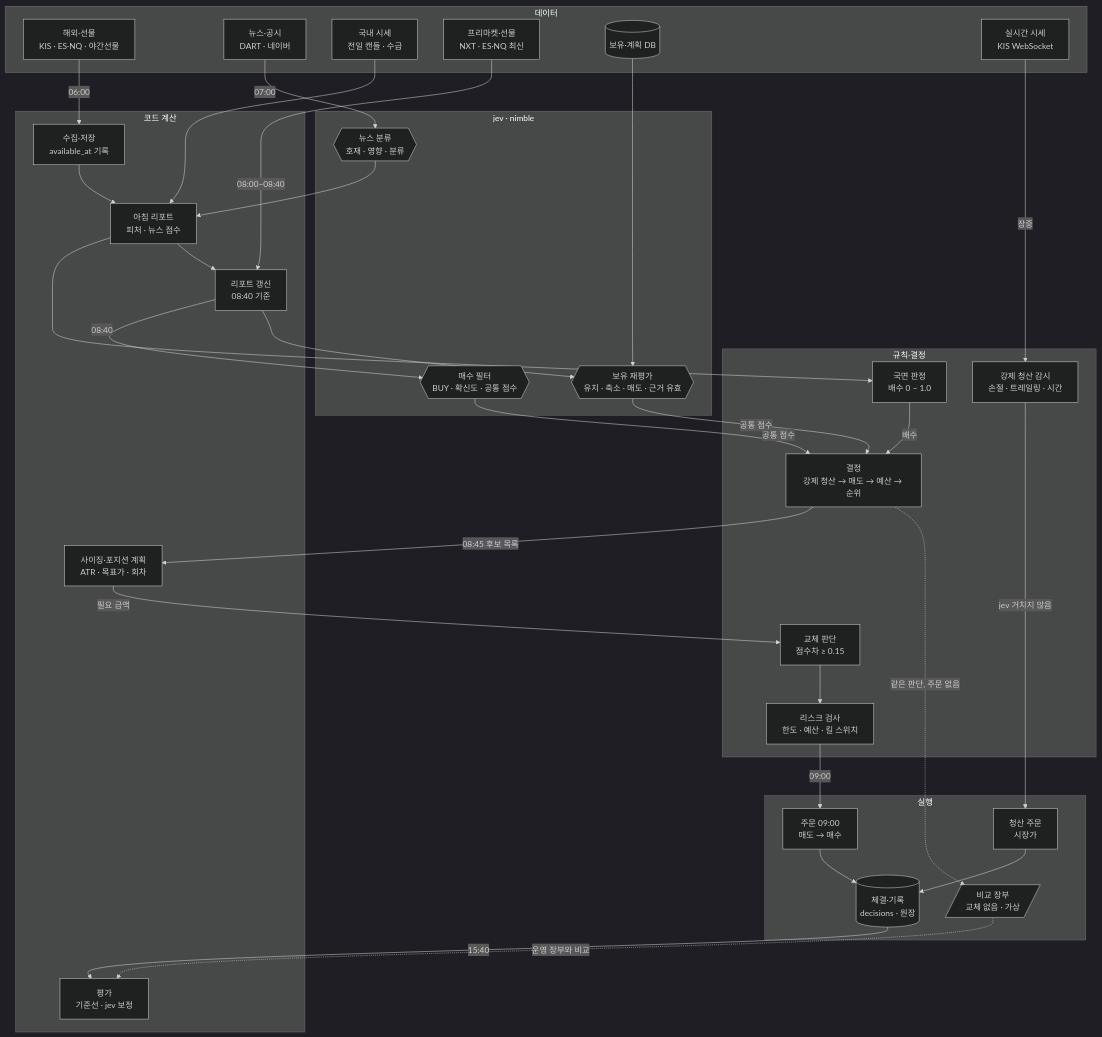
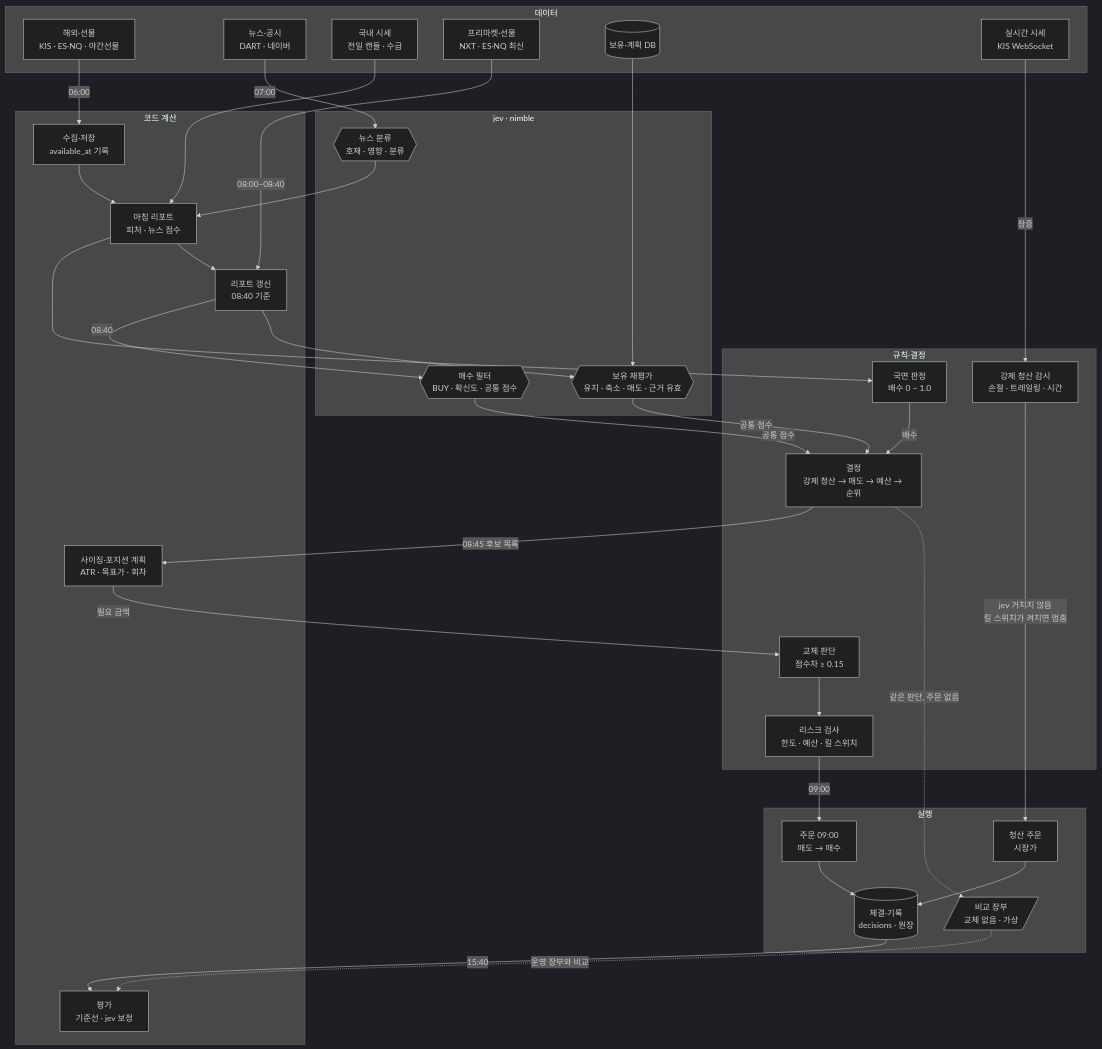
One commit to loading1031/stock changed the diagram in docs/planning/strategy.md. Above: the diagram before and after it, drawn with Mermaid (dark theme). The commit also changed other lines of this file and 5 other files, not shown here.

````diff
--- a/docs/planning/strategy.md
+++ b/docs/planning/strategy.md
@@ -12,56 +12,56 @@
 ```mermaid
 flowchart TB
     subgraph DATA[데이터]
         D1[해외·선물<br/>KIS · ES·NQ · 야간선물]
         D2[뉴스·공시<br/>DART · 네이버]
         D3[국내 시세<br/>전일 캔들 · 수급]
         D4[프리마켓·선물<br/>NXT · ES·NQ 최신]
         D5[(보유·계획 DB)]
         D6[실시간 시세<br/>KIS WebSocket]
     end
     subgraph CODE[코드 계산]
         C1[수집·저장<br/>available_at 기록]
         C2[아침 리포트<br/>피처 · 뉴스 점수]
         C3[리포트 갱신<br/>08:40 기준]
         C4[사이징·포지션 계획<br/>ATR · 목표가 · 회차]
         C5[평가<br/>기준선 · jev 보정]
     end
     subgraph JEV[jev · nimble]
         J1{{뉴스 분류<br/>호재 · 영향 · 분류}}
         J2{{매수 필터<br/>BUY · 확신도 · 공통 점수}}
         J3{{보유 재평가<br/>유지 · 축소 · 매도 · 근거 유효}}
     end
     subgraph RULE[규칙·결정]
         R1[국면 판정<br/>배수 0 ~ 1.0]
         R2[결정<br/>강제 청산 → 매도 → 예산 → 순위]
         R3[리스크 검사<br/>한도 · 예산 · 킬 스위치]
         R4[강제 청산 감시<br/>손절 · 트레일링 · 시간]
         R5[교체 판단<br/>점수차 ≥ 0.15]
     end
     subgraph EXEC[실행]
         E1[주문 09:00<br/>매도 → 매수]
         E2[청산 주문<br/>시장가]
         E3[(체결·기록<br/>decisions · 원장)]
         E4[/비교 장부<br/>교체 없음 · 가상/]
     end
 
     D1 -->|06:00| C1 --> C2
     D2 -->|07:00| J1 --> C2
     D3 --> C2
     C2 --> R1
     C2 --> C3
     D4 -->|08:00~08:40| C3
     C3 -->|08:40| J2
     C3 --> J3
     D5 --> J3
     J2 -->|공통 점수| R2
     J3 -->|공통 점수| R2
     R1 -->|배수| R2
     R2 -->|08:45 후보 목록| C4 -->|필요 금액| R5 --> R3 -->|09:00| E1
     R2 -.->|같은 판단, 주문 없음| E4
     E4 -.->|운영 장부와 비교| C5
-    D6 -->|장중| R4 -->|jev 거치지 않음| E2
+    D6 -->|장중| R4 -->|jev 거치지 않음<br/>킬 스위치가 켜지면 멈춤| E2
     E1 --> E3
     E2 --> E3
     E3 -->|15:40| C5
 ```
````
